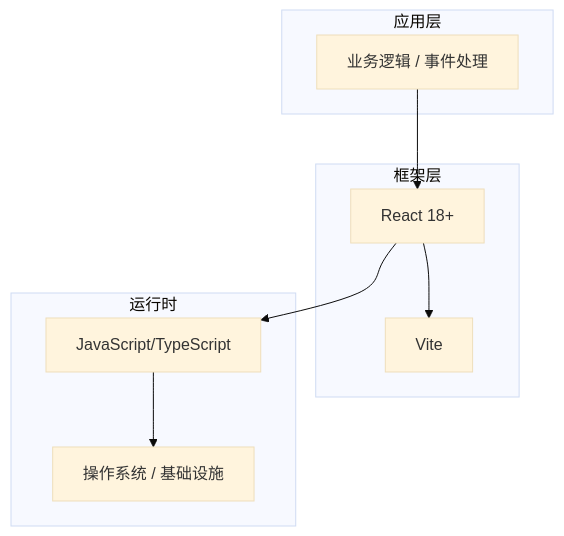
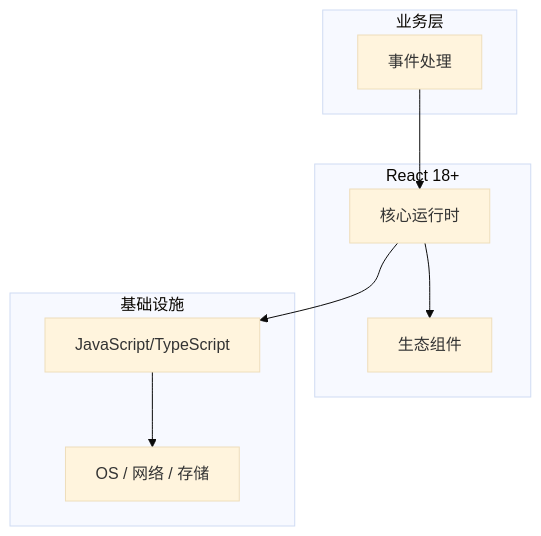
One commit to yanggan2015/knowledge-json-v2 changed the diagram in articles/React/chapters/049-事件处理核心概念与原理.md. Above: the diagram before and after it, drawn with Mermaid (base theme). The commit also changed other lines of this file and 10127 other files, not shown here.

````diff
--- a/articles/React/chapters/049-事件处理核心概念与原理.md
+++ b/articles/React/chapters/049-事件处理核心概念与原理.md
@@ -45,18 +34,18 @@
 ```mermaid
 graph TB
-    subgraph 应用层
-        A[业务逻辑 / 事件处理]
+    subgraph 业务层
+        A[事件处理]
     end
-    subgraph 框架层
-        B[React 18+]
-        C[Vite]
+    subgraph React 18+
+        B[核心运行时]
+        C[生态组件]
     end
-    subgraph 运行时
+    subgraph 基础设施
         D[JavaScript/TypeScript]
-        E[操作系统 / 基础设施]
+        E[OS / 网络 / 存储]
     end
     A --> B
     B --> C
     B --> D
     D --> E
 ```
````
